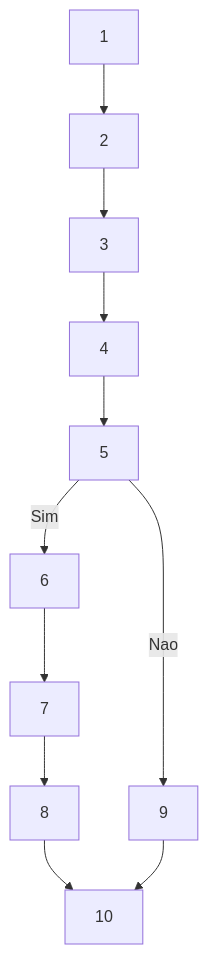
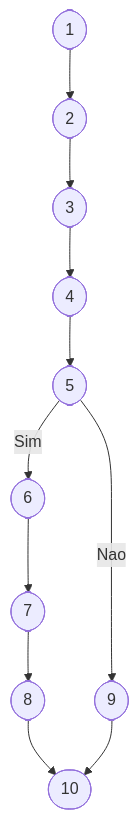
One commit to joaoprbp/UiUx changed the diagram in README.md. Above: the diagram before and after it, drawn with Mermaid.

Commit message:
alteração visual do grafo

````diff
--- a/README.md
+++ b/README.md
@@ -8,15 +8,13 @@
 ```mermaid
 flowchart TD
-A1["1"] --> A2["2"]
-    A2 --> A3["3"]
-    A3 --> A4["4"]
-    A4 --> A5["5"]
-
-    A5 -->|Sim| A6["6"]
-    A6 --> A7["7"]
-    A7 --> A8["8"]
-    A8 --> A10["10"]
-
-    A5 -->|Nao| A9["9"]
+    A1(["1"]) --> A2(["2"])
+    A2 --> A3(["3"])
+    A3 --> A4(["4"])
+    A4 --> A5(["5"])
+    A5 -- Sim --> A6(["6"])
+    A6 --> A7(["7"])
+    A7 --> A8(["8"])
+    A8 --> A10(["10"])
+    A5 -- Nao --> A9(["9"])
     A9 --> A10
 ```
````
